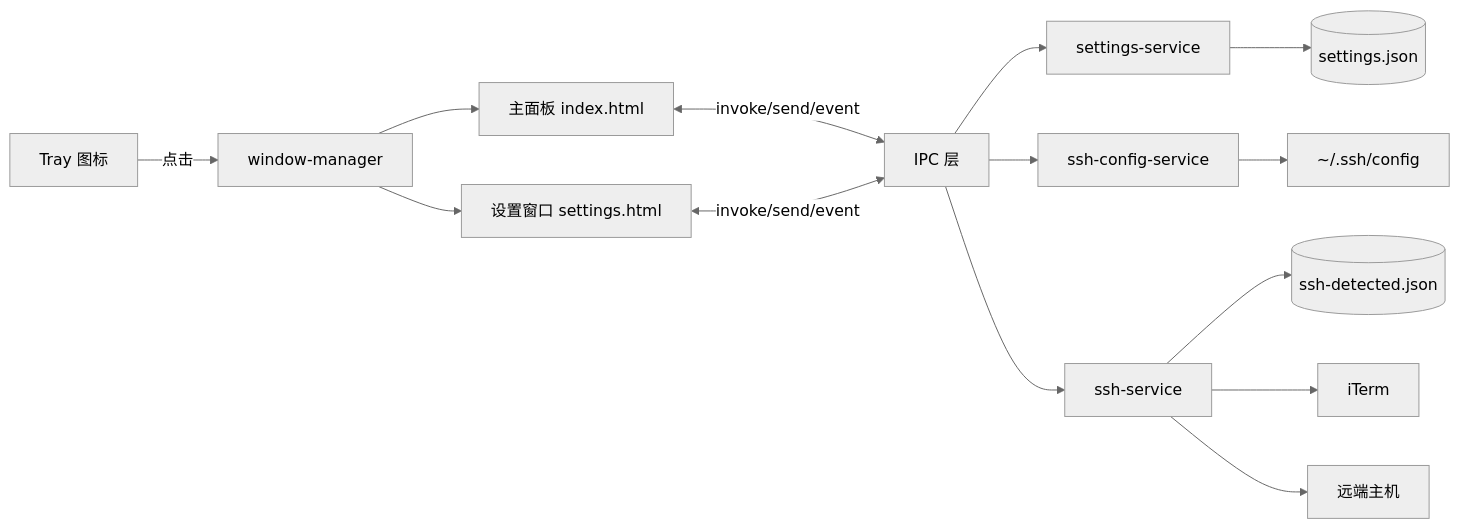
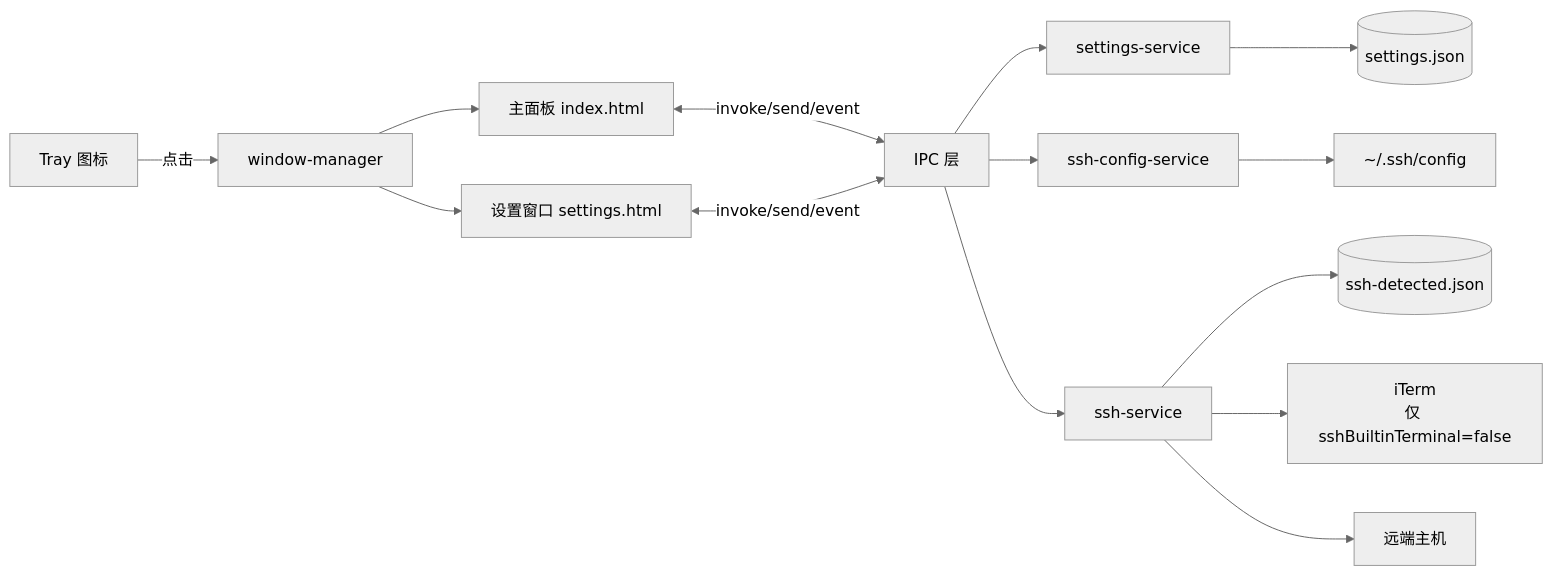
One commit to o8x/ships changed the first of 5 diagrams in docs/PRD.md. Above: the diagram before and after it, drawn with Mermaid (neutral theme). The commit also changed other lines of this file and 6 other files, not shown here.

Commit message:
fix: unclip the terminal last row and route SSH browse through the built-in terminal

````diff
--- a/docs/PRD.md
+++ b/docs/PRD.md
@@ -331,16 +332,16 @@
 ```mermaid
 flowchart LR
   Tray[Tray 图标] -->|点击| WM[window-manager]
   WM --> Main[主面板 index.html]
   WM --> Settings[设置窗口 settings.html]
   Main <-->|invoke/send/event| IPC[IPC 层]
   Settings <-->|invoke/send/event| IPC
   IPC --> SvcSettings[settings-service]
   IPC --> SvcSshConfig[ssh-config-service]
   IPC --> SvcSsh[ssh-service]
   SvcSettings --> F1[(settings.json)]
   SvcSshConfig --> F2[~/.ssh/config]
   SvcSsh --> F3[(ssh-detected.json)]
-  SvcSsh --> Iterm[iTerm]
+  SvcSsh --> Iterm[iTerm<br/>仅 sshBuiltinTerminal=false]
   SvcSsh --> Remote[远端主机]
 ```
````
